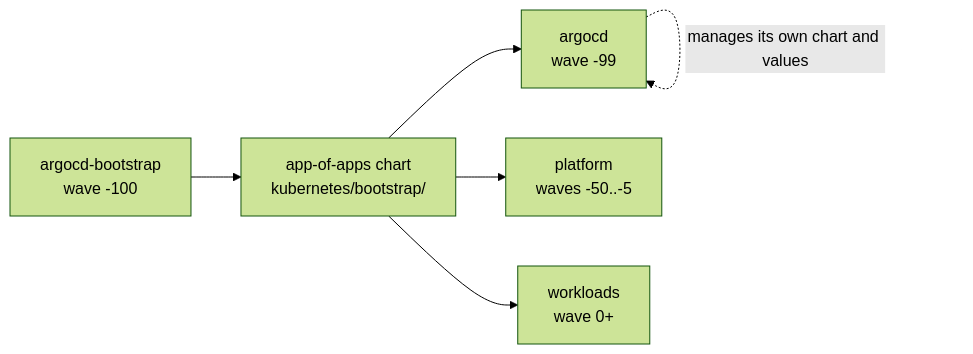
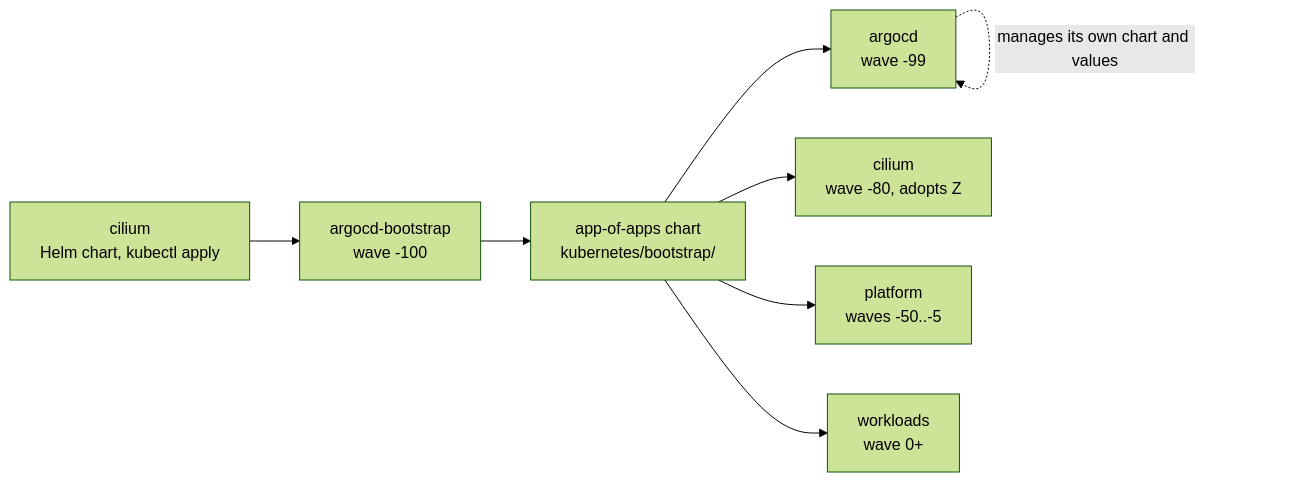
One commit to theadzik/homelab changed the first of 2 diagrams in docs/gitops.md. Above: the diagram before and after it, drawn with Mermaid (forest theme). The commit also changed other lines of this file, not shown here.

First line of the commit message:
docs: gitops - bootstrap needs Cilium before argocd-bootstrap

````diff
--- a/docs/gitops.md
+++ b/docs/gitops.md
@@ -12,8 +12,10 @@
 ```mermaid
 flowchart LR
-    A["argocd-bootstrap<br/>wave -100"] --> B["app-of-apps chart<br/>kubernetes/bootstrap/"]
+    Z["cilium<br/>Helm chart, kubectl apply"] --> A["argocd-bootstrap<br/>wave -100"]
+    A --> B["app-of-apps chart<br/>kubernetes/bootstrap/"]
     B --> C["argocd<br/>wave -99"]
+    B --> Z2["cilium<br/>wave -80, adopts Z"]
     B --> D["platform<br/>waves -50..-5"]
     B --> E["workloads<br/>wave 0+"]
     C -.->|manages its own chart and values| C
 ```
````
